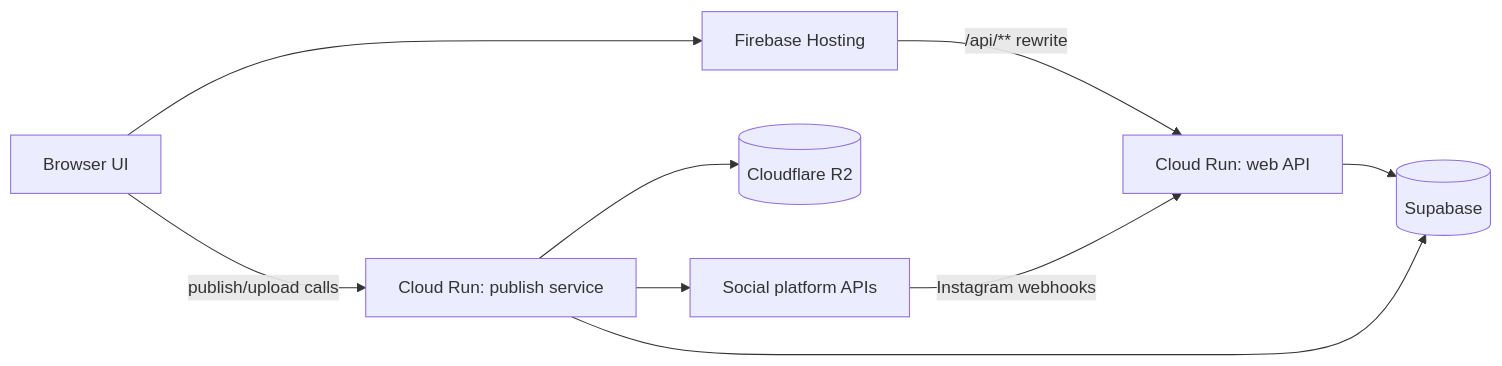
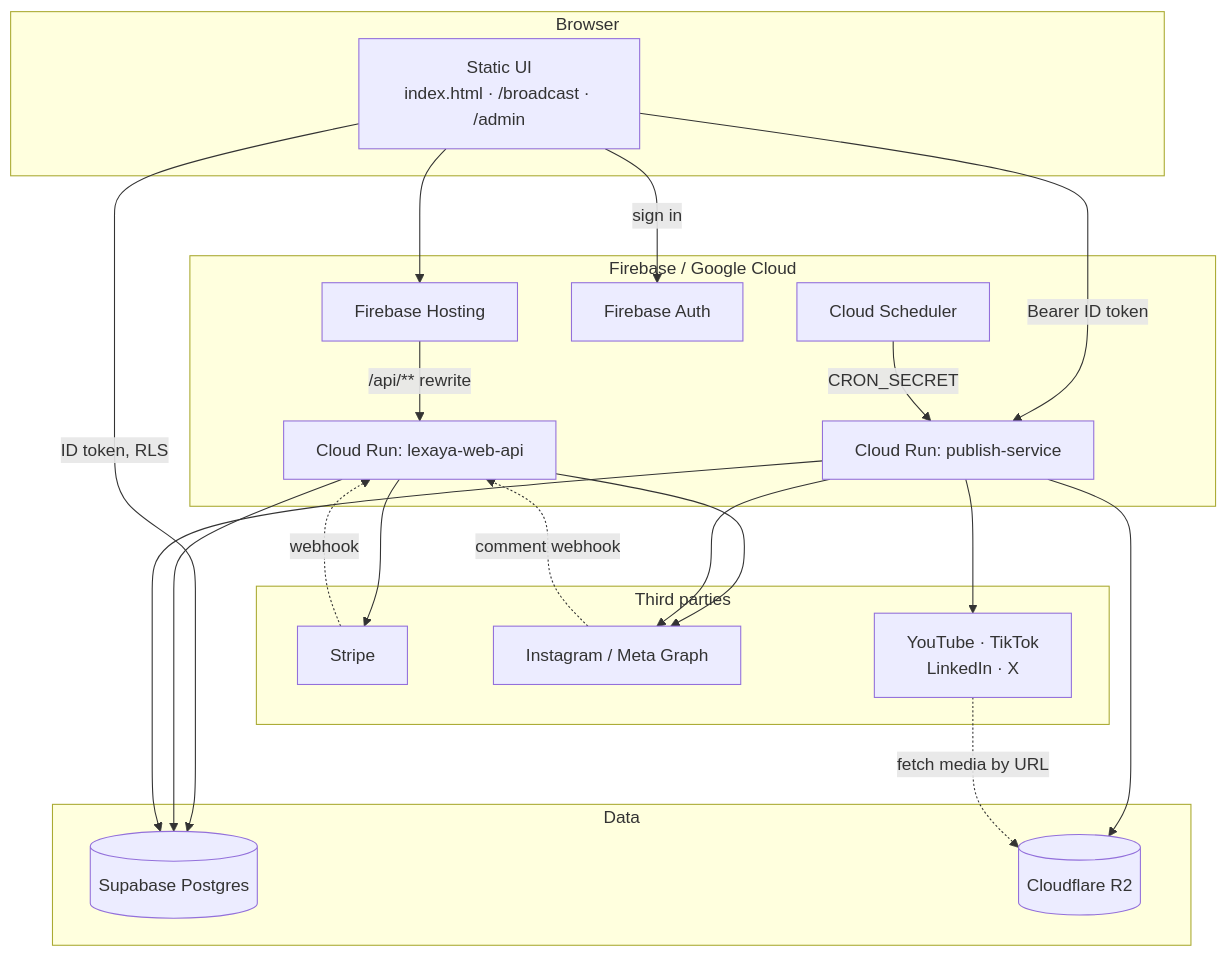
One commit to SanskritiL/lexayaui changed the first of 4 diagrams in docs/ARCHITECTURE.md. Above: the diagram before and after it, drawn with Mermaid. The commit also changed other lines of this file, not shown here.

First line of the commit message:
Expand the architecture doc

````diff
--- a/docs/ARCHITECTURE.md
+++ b/docs/ARCHITECTURE.md
@@ -21,19 +26,44 @@
 ```mermaid
-flowchart LR
-  Browser[Browser UI]
-  Hosting[Firebase Hosting]
-  WebAPI[Cloud Run: web API]
-  Publish[Cloud Run: publish service]
-  Supabase[(Supabase)]
-  R2[(Cloudflare R2)]
-  Social[Social platform APIs]
+flowchart TB
+  subgraph Client["Browser"]
+    UI["Static UI<br/>index.html · /broadcast · /admin"]
+  end
 
-  Browser --> Hosting
-  Hosting -->|/api/** rewrite| WebAPI
-  Browser -->|publish/upload calls| Publish
-  WebAPI --> Supabase
-  Publish --> Supabase
+  subgraph Google["Firebase / Google Cloud"]
+    Hosting["Firebase Hosting"]
+    Auth["Firebase Auth"]
+    WebAPI["Cloud Run: lexaya-web-api"]
+    Publish["Cloud Run: publish-service"]
+    Scheduler["Cloud Scheduler"]
+  end
+
+  subgraph Data["Data"]
+    PG[("Supabase Postgres")]
+    R2[("Cloudflare R2")]
+  end
+
+  subgraph External["Third parties"]
+    Stripe["Stripe"]
+    Meta["Instagram / Meta Graph"]
+    Social["YouTube · TikTok<br/>LinkedIn · X"]
+  end
+
+  UI --> Hosting
+  UI -->|sign in| Auth
+  UI -->|ID token, RLS| PG
+  Hosting -->|"/api/** rewrite"| WebAPI
+  UI -->|Bearer ID token| Publish
+
+  WebAPI --> PG
+  WebAPI --> Stripe
+  WebAPI --> Meta
+  Publish --> PG
   Publish --> R2
   Publish --> Social
-  Social -->|Instagram webhooks| WebAPI
+  Publish --> Meta
+
+  Scheduler -->|CRON_SECRET| Publish
+  Stripe -.->|webhook| WebAPI
+  Meta -.->|comment webhook| WebAPI
+  Social -.->|fetch media by URL| R2
 ```
````
